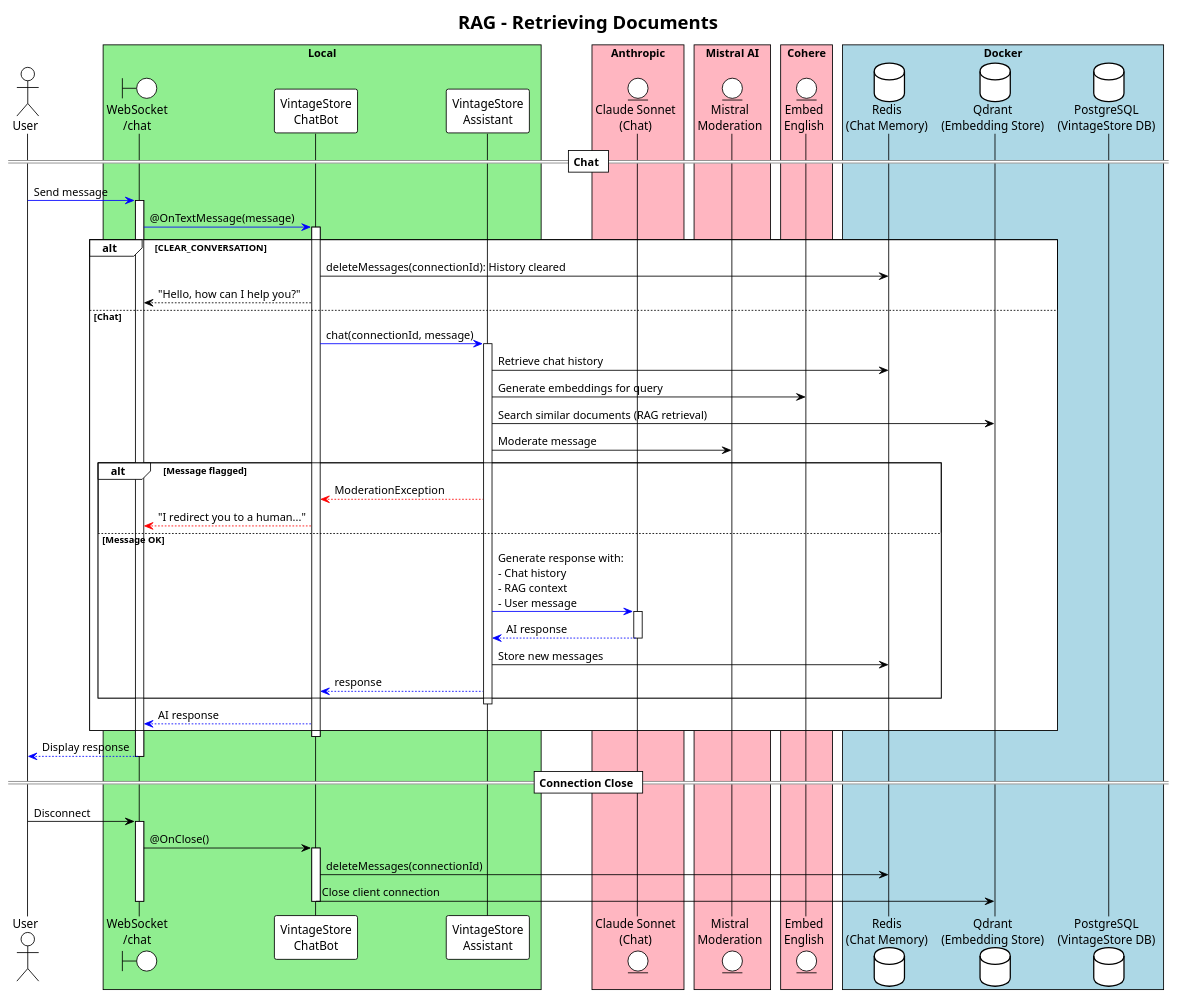
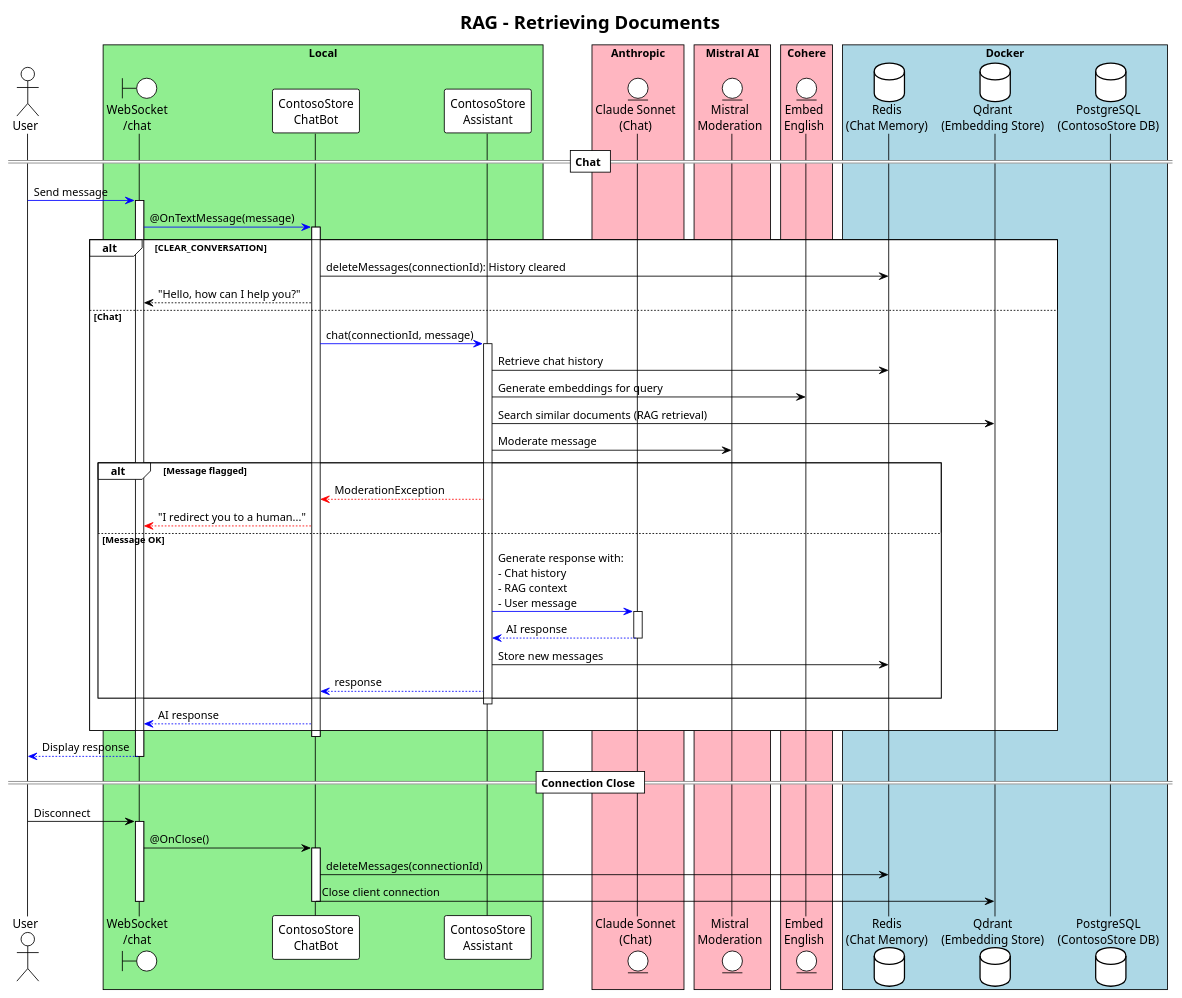
One commit to agoncal/agoncal-application-vintagestore changed the diagram in docs/puml/40-rag.puml. Above: the diagram before and after it, drawn with PlantUML. The commit also changed 137 other files, not shown here.

First line of the commit message:
Rename application from VintageStore to ContosoStore

```diff
--- a/docs/puml/40-rag.puml
+++ b/docs/puml/40-rag.puml
@@ -1,75 +1,75 @@
 @startuml
 !theme plain
 title RAG – Retrieving Documents
 
 actor User
 box "Local" #LightGreen
 boundary "WebSocket\n/chat" as WS
-participant "VintageStore\nChatBot" as ChatBot
-participant "VintageStore\nAssistant" as Assistant
+participant "ContosoStore\nChatBot" as ChatBot
+participant "ContosoStore\nAssistant" as Assistant
 end box
 box "Anthropic" #LightPink
 entity "Claude Sonnet\n(Chat)" as Anthropic
 end box
 box "Mistral AI" #LightPink
 entity "Mistral\nModeration" as Mistral
 end box
 box "Cohere" #LightPink
 entity "Embed\nEnglish" as Cohere
 end box
 box "Docker" #LightBlue
 database "Redis\n(Chat Memory)" as Redis
 database "Qdrant\n(Embedding Store)" as Qdrant
-database "PostgreSQL\n(VintageStore DB)" as PostgreSQL
+database "PostgreSQL\n(ContosoStore DB)" as PostgreSQL
 end box
 
 == Chat ==
 User -[#blue]> WS: Send message
 activate WS
 WS -[#blue]> ChatBot: @OnTextMessage(message)
 activate ChatBot
 
 alt CLEAR_CONVERSATION
     ChatBot -> Redis: deleteMessages(connectionId): History cleared
     ChatBot --> WS: "Hello, how can I help you?"
 else Chat
     ChatBot -[#blue]> Assistant: chat(connectionId, message)
     activate Assistant
     Assistant -> Redis: Retrieve chat history
     Assistant -> Cohere: Generate embeddings for query
     Assistant -> Qdrant: Search similar documents (RAG retrieval)
     Assistant -> Mistral: Moderate message
 
     alt Message flagged
         Assistant -[#red]-> ChatBot: ModerationException
         ChatBot -[#red]-> WS: "I redirect you to a human..."
     else Message OK
 
         Assistant -[#blue]> Anthropic: Generate response with:\n- Chat history\n- RAG context\n- User message
         activate Anthropic
         Anthropic -[#blue]-> Assistant: AI response
         deactivate Anthropic
 
         Assistant -> Redis: Store new messages
         Assistant -[#blue]-> ChatBot: response
     end
     deactivate Assistant
 
     ChatBot -[#blue]-> WS: AI response
 end
 deactivate ChatBot
 
 WS -[#blue]-> User: Display response
 deactivate WS
 
 == Connection Close ==
 User -> WS: Disconnect
 activate WS
 WS -> ChatBot: @OnClose()
 activate ChatBot
 ChatBot -> Redis: deleteMessages(connectionId)
 ChatBot -> Qdrant: Close client connection
 deactivate ChatBot
 deactivate WS
 
 @enduml
```
